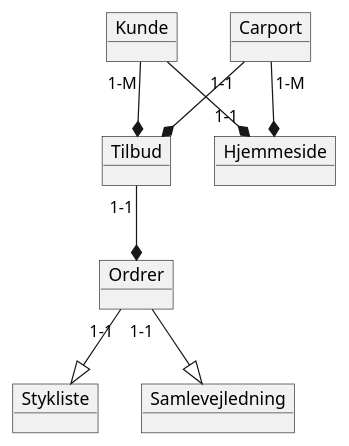
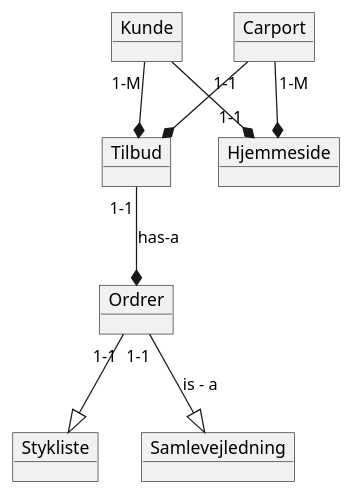
The diagram in src/main/resources/diagrams/domain/domain.puml (RodneyMuyanga/2.-semesterprojekt-FOG), drawn with PlantUML before and after one commit. The commit also changed 2 other files, not shown here.

```diff
--- a/src/main/resources/diagrams/domain/domain.puml
+++ b/src/main/resources/diagrams/domain/domain.puml
@@ -1,25 +1,25 @@
 @startuml
 'https://plantuml.com/class-diagram
 
 
 object Kunde
 object Carport
 object Tilbud
 object Hjemmeside
 object Ordrer
 object Stykliste
 object Samlevejledning
 
 Kunde --* "1-1" Hjemmeside
 Carport "1-M"--* Hjemmeside
-Tilbud "1-1"--* Ordrer
+Tilbud "1-1"--* Ordrer : has-a
 Ordrer "1-1" --|> Stykliste
-Ordrer "1-1" --|> Samlevejledning
+Ordrer "1-1" --|> Samlevejledning : is - a
 Carport "1-1" --* Tilbud
 Kunde "1-M"--* Tilbud
 
 
 
 
 
 @enduml
```
